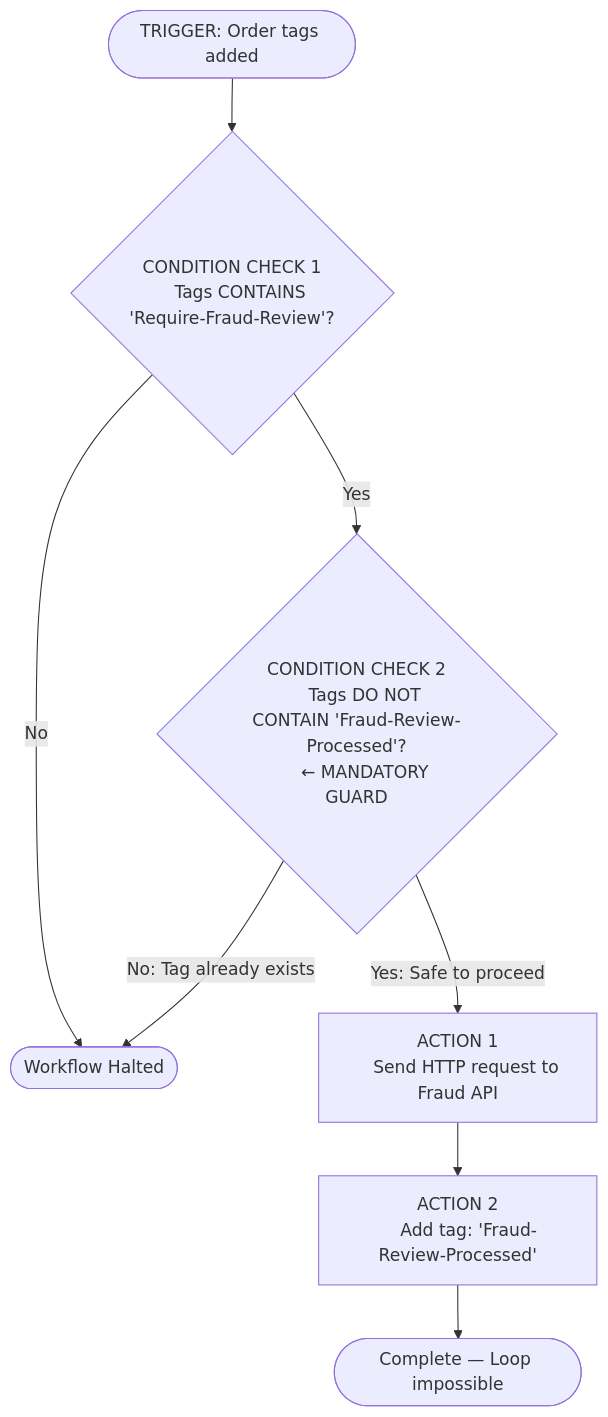
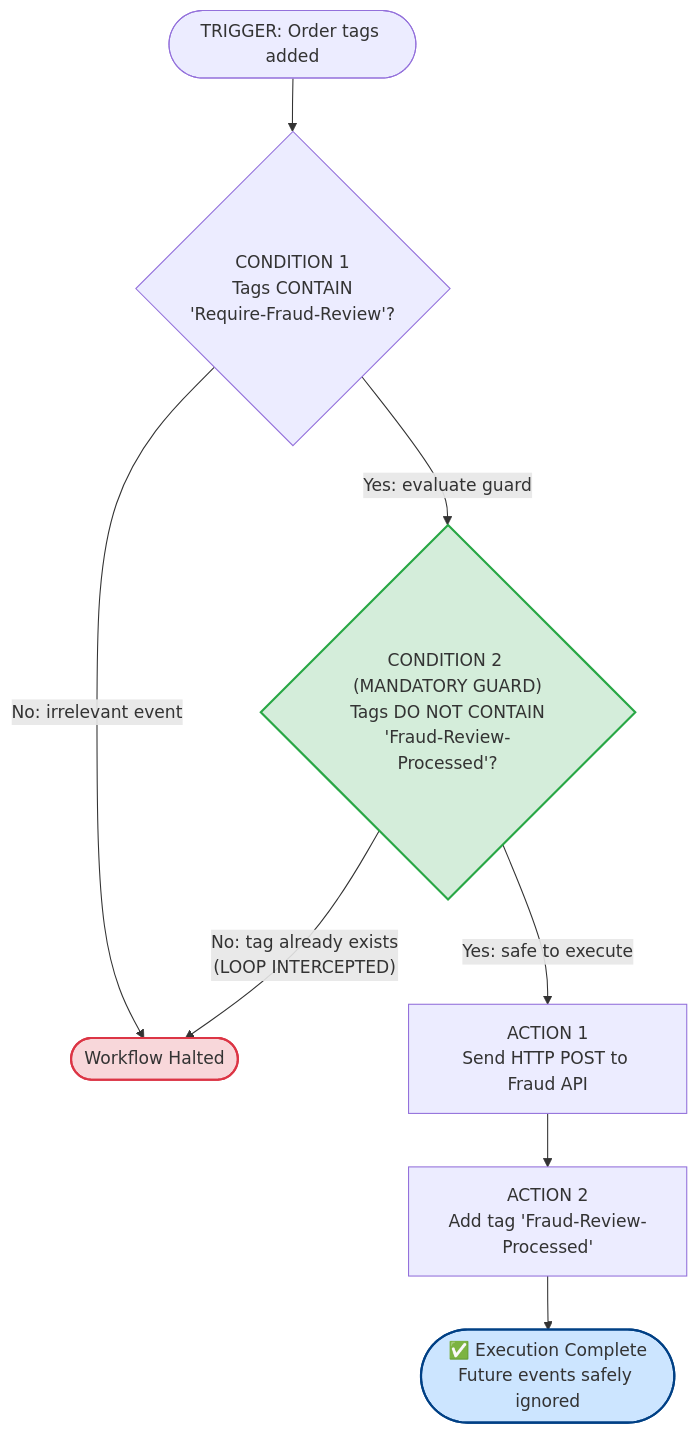
Before and after one commit to riovicsusas/portfolio: the second of 3 diagrams in master-dossiers/MasterDossier-Domain4-WebhookAutomationAndFlowTriage.md, drawn with Mermaid. The commit also changed other lines of this file and 1 other file, not shown here.

````diff
--- a/master-dossiers/MasterDossier-Domain4-WebhookAutomationAndFlowTriage.md
+++ b/master-dossiers/MasterDossier-Domain4-WebhookAutomationAndFlowTriage.md
@@ -141,22 +174,20 @@
 ```mermaid
 flowchart TD
-    TR([TRIGGER: Order tags added]) --> C1
+    TR(["TRIGGER: Order tags added"]) --> C1
 
-    C1{"CONDITION CHECK 1
-    Tags CONTAINS 'Require-Fraud-Review'?"}
-    C1 -- No --> HALT([Workflow Halted])
-    C1 -- Yes --> C2
+    C1{"CONDITION 1<br/>Tags CONTAIN<br/>'Require-Fraud-Review'?"}
+    C1 -- "No: irrelevant event" --> HALT(["Workflow Halted"])
+    C1 -- "Yes: evaluate guard" --> C2
 
-    C2{"CONDITION CHECK 2
-    Tags DO NOT CONTAIN 'Fraud-Review-Processed'?
-    ← MANDATORY GUARD"}
-    C2 -- No: Tag already exists --> HALT
-    C2 -- Yes: Safe to proceed --> A1
+    C2{"CONDITION 2 (MANDATORY GUARD)<br/>Tags DO NOT CONTAIN<br/>'Fraud-Review-Processed'?"}
+    C2 -- "No: tag already exists<br/>(LOOP INTERCEPTED)" --> HALT
+    C2 -- "Yes: safe to execute" --> A1
 
-    A1["ACTION 1
-    Send HTTP request to Fraud API"] --> A2
+    A1["ACTION 1<br/>Send HTTP POST to Fraud API"] --> A2
+    A2["ACTION 2<br/>Add tag 'Fraud-Review-Processed'"]
+    A2 --> DONE(["✅ Execution Complete<br/>Future events safely ignored"])
 
-    A2["ACTION 2
-    Add tag: 'Fraud-Review-Processed'"]
-    A2 --> DONE([Complete — Loop impossible])
+    style C2 fill:#d4edda,stroke:#28a745,stroke-width:2px;
+    style HALT fill:#f8d7da,stroke:#dc3545,stroke-width:2px;
+    style DONE fill:#cce5ff,stroke:#004085,stroke-width:2px;
 ```
````
